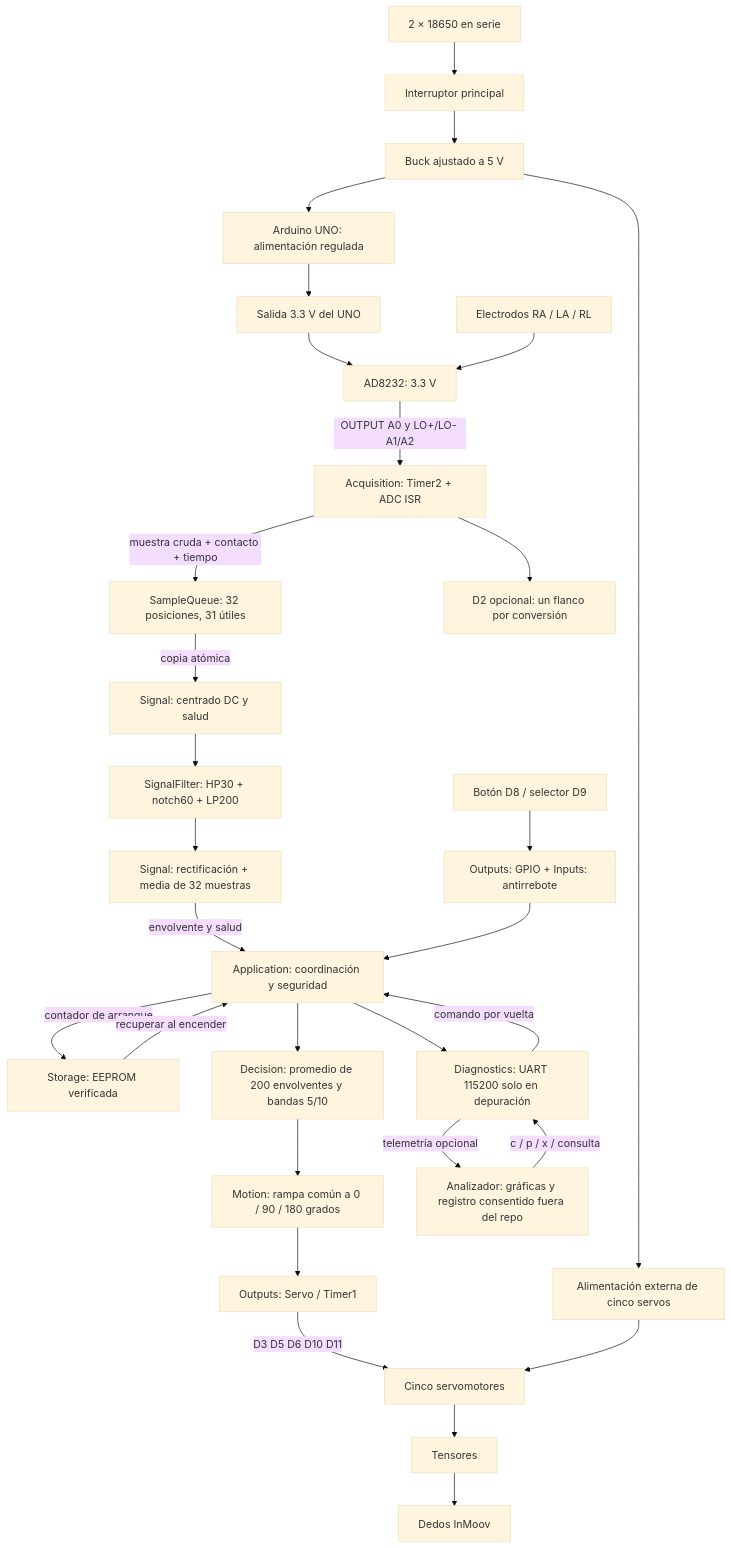
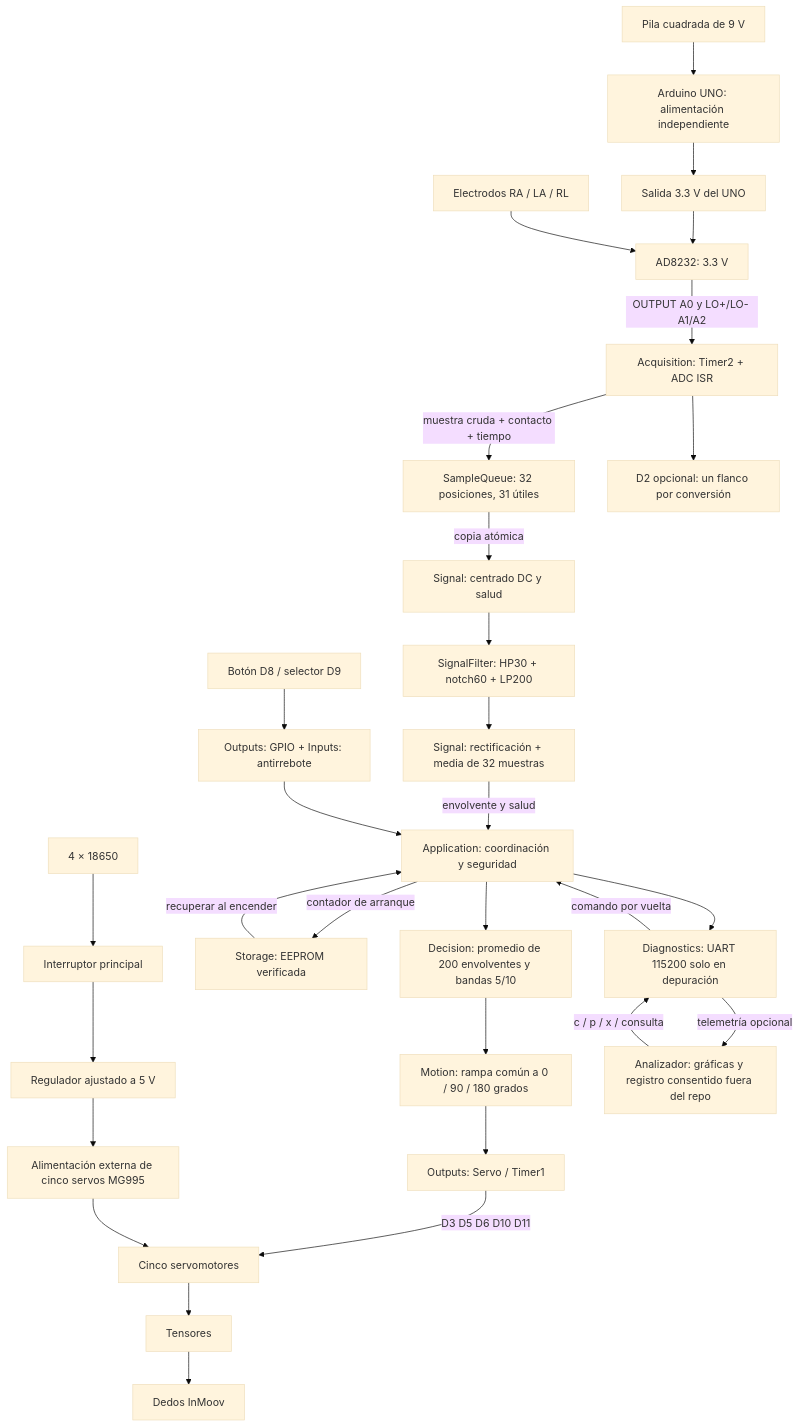
Before and after one commit to onofrela/fse-proyecto-brazo-bionico: the diagram in docs/arquitectura.md, drawn with Mermaid (base theme). The commit also changed 5 other files, not shown here.

First line of the commit message:
docs(alimentacion): actualizar a 4 celdas 18650, pila de 9 V y servos MG995

````diff
--- a/docs/arquitectura.md
+++ b/docs/arquitectura.md
@@ -5,32 +5,32 @@
 ```mermaid
 flowchart TD
-    BAT[2 × 18650 en serie] --> SW[Interruptor principal]
-    SW --> BUCK[Buck ajustado a 5 V]
-    BUCK --> MCU[Arduino UNO: alimentación regulada]
-    BUCK --> POWER[Alimentación externa de cinco servos]
+    BAT[4 × 18650] --> SW[Interruptor principal]
+    SW --> REGS[Regulador ajustado a 5 V]
+    REGS --> POWER[Alimentación externa de cinco servos MG995]
+    PILA[Pila cuadrada de 9 V] --> MCU[Arduino UNO: alimentación independiente]
     MCU --> REG[Salida 3.3 V del UNO]
     REG --> SENSOR[AD8232: 3.3 V]
     ELECT[Electrodos RA / LA / RL] --> SENSOR
     SENSOR -->|OUTPUT A0 y LO+/LO- A1/A2| ADC[Acquisition: Timer2 + ADC ISR]
     ADC -->|muestra cruda + contacto + tiempo| QUEUE[SampleQueue: 32 posiciones, 31 útiles]
     QUEUE -->|copia atómica| DC[Signal: centrado DC y salud]
     DC --> FILTER[SignalFilter: HP30 + notch60 + LP200]
     FILTER --> ENV[Signal: rectificación + media de 32 muestras]
     ENV -->|envolvente y salud| APP[Application: coordinación y seguridad]
     BUTTON[Botón D8 / selector D9] --> INPUT[Outputs: GPIO + Inputs: antirrebote]
     INPUT --> APP
     APP -->|contador de arranque| STORE[Storage: EEPROM verificada]
     STORE -->|recuperar al encender| APP
     APP --> DEC[Decision: promedio de 200 envolventes y bandas 5/10]
     DEC --> MOTION[Motion: rampa común a 0 / 90 / 180 grados]
     MOTION --> OUT[Outputs: Servo / Timer1]
     OUT -->|D3 D5 D6 D10 D11| SERVOS[Cinco servomotores]
     POWER --> SERVOS
     SERVOS --> TENDON[Tensores]
     TENDON --> HAND[Dedos InMoov]
     APP --> DIAG[Diagnostics: UART 115200 solo en depuración]
     DIAG -->|telemetría opcional| PC[Analizador: gráficas y registro consentido fuera del repo]
     PC -->|c / p / x / consulta| DIAG
     DIAG -->|comando por vuelta| APP
     ADC --> PROBE[D2 opcional: un flanco por conversión]
 ```
````
